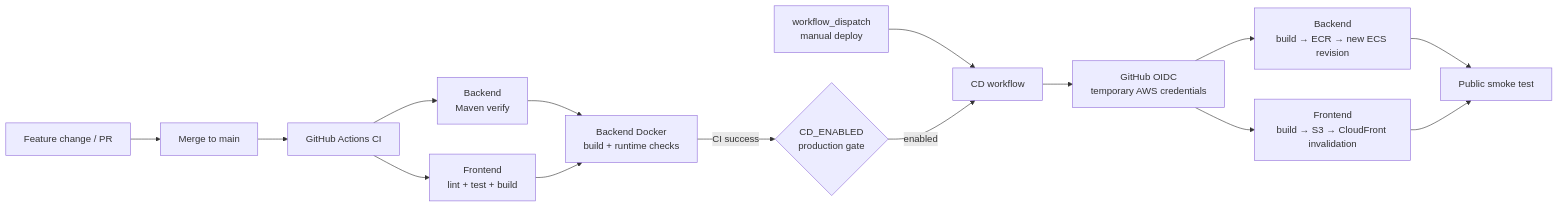
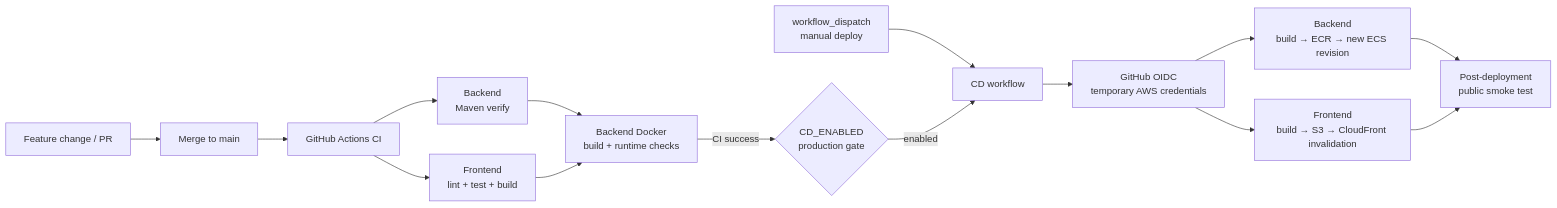
The fourth of 4 diagrams in README.md (chen980729/aws-spring-personality-test), drawn with Mermaid before and after one commit. The commit also changed other lines of this file and 17 other files, not shown here.

````diff
--- a/README.md
+++ b/README.md
@@ -110,20 +202,20 @@
 ```mermaid
 flowchart LR
     Dev["Feature change / PR"] --> Main["Merge to main"]
     Main --> CI["GitHub Actions CI"]
 
     CI --> BTest["Backend<br/>Maven verify"]
     CI --> FTest["Frontend<br/>lint + test + build"]
     BTest --> DockerCheck["Backend Docker<br/>build + runtime checks"]
     FTest --> DockerCheck
 
     DockerCheck -->|"CI success"| Gate{"CD_ENABLED<br/>production gate"}
     Manual["workflow_dispatch<br/>manual deploy"] --> CD["CD workflow"]
     Gate -->|"enabled"| CD
 
     CD --> OIDC["GitHub OIDC<br/>temporary AWS credentials"]
     OIDC --> BackendDeploy["Backend<br/>build → ECR → new ECS revision"]
     OIDC --> FrontendDeploy["Frontend<br/>build → S3 → CloudFront invalidation"]
-    BackendDeploy --> Smoke["Public smoke test"]
+    BackendDeploy --> Smoke["Post-deployment<br/>public smoke test"]
     FrontendDeploy --> Smoke
 ```
````
